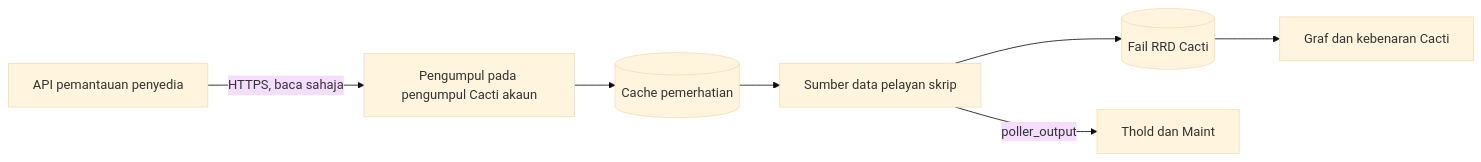
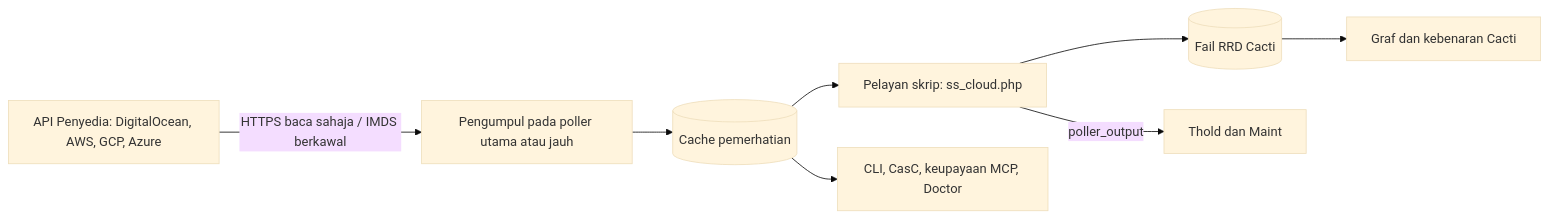
Before and after one commit to somethingwithproof/plugin_cloud: the diagram in docs/i18n/ms-MY/README.md, drawn with Mermaid (base theme). The commit also changed other lines of this file and 48 other files, not shown here.

First line of the commit message:
docs(readme): document AWS, GCP, Azure drivers, remote collectors, and ecosystem hooks

````diff
--- a/docs/i18n/ms-MY/README.md
+++ b/docs/i18n/ms-MY/README.md
@@ -110,9 +148,10 @@
 ```mermaid
 flowchart LR
-    API[API pemantauan penyedia] -->|HTTPS, baca sahaja| C[Pengumpul pada pengumpul Cacti akaun]
+    API[API Penyedia: DigitalOcean, AWS, GCP, Azure] -->|HTTPS baca sahaja / IMDS berkawal| C[Pengumpul pada poller utama atau jauh]
     C --> O[(Cache pemerhatian)]
-    O --> SS[Sumber data pelayan skrip]
+    O --> SS[Pelayan skrip: ss_cloud.php]
     SS --> RRD[(Fail RRD Cacti)]
     SS -->|poller_output| T[Thold dan Maint]
     RRD --> G[Graf dan kebenaran Cacti]
+    O --> ECO[CLI, CasC, keupayaan MCP, Doctor]
 ```
````
